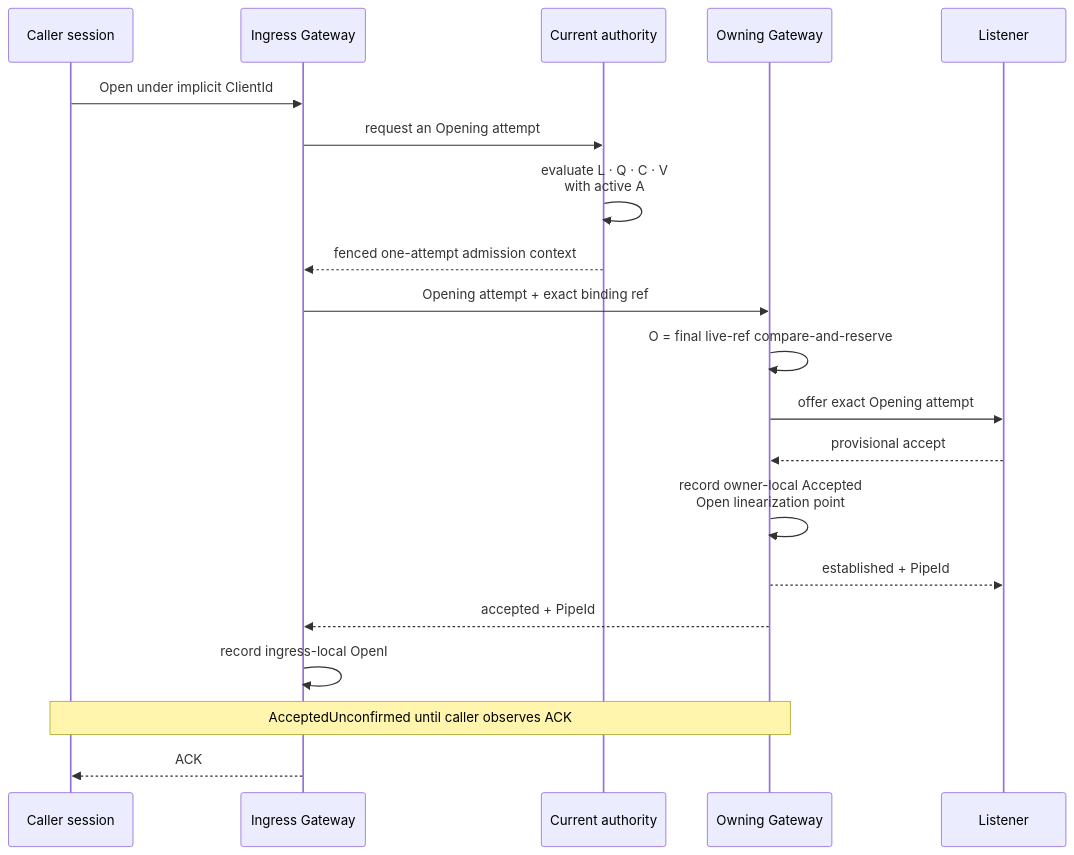
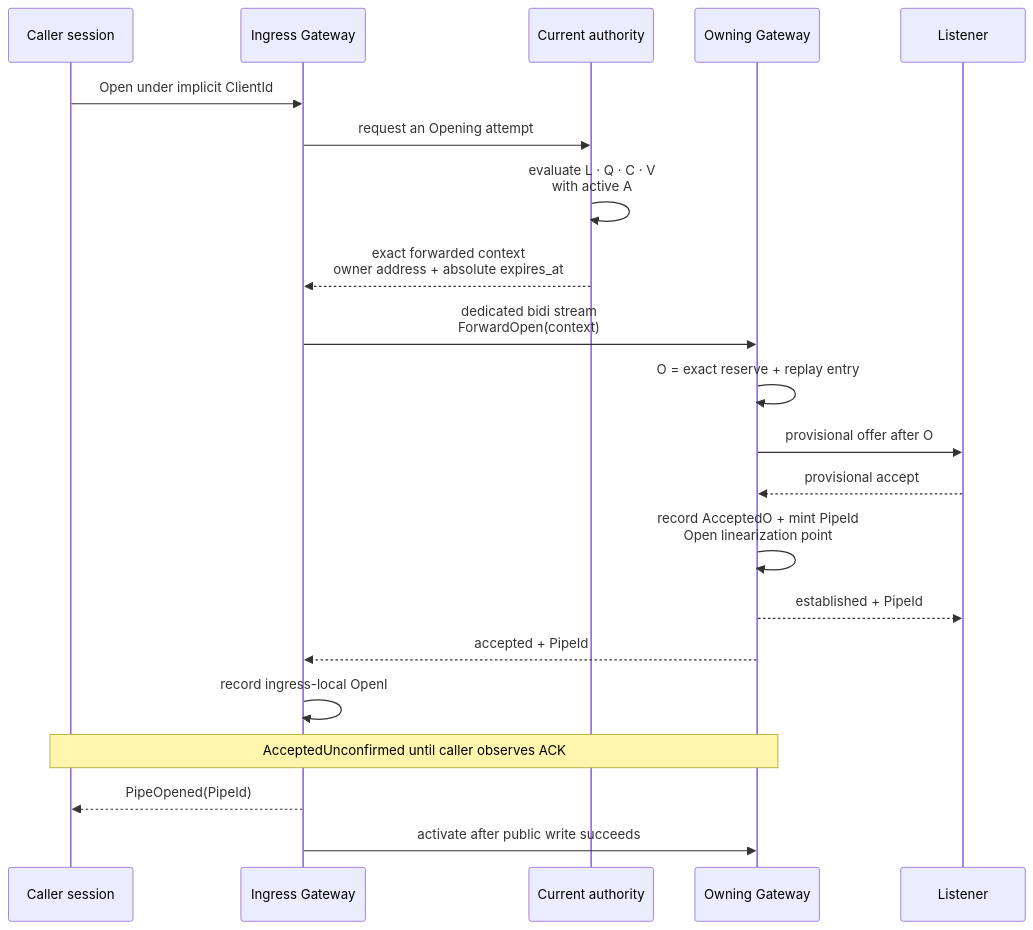
The fifth of 6 diagrams in docs/spec/003-failure-and-recovery-model.md (cagojeiger/relaygate), drawn with Mermaid before and after one commit. The commit also changed other lines of this file and 43 other files, not shown here.

````diff
--- a/docs/spec/003-failure-and-recovery-model.md
+++ b/docs/spec/003-failure-and-recovery-model.md
@@ -218,23 +238,24 @@
 ```mermaid
 sequenceDiagram
     participant C as Caller session
     participant I as Ingress Gateway
     participant A as Current authority
     participant O as Owning Gateway
     participant Ls as Listener
 
     C->>I: Open under implicit ClientId
     I->>A: request an Opening attempt
     A->>A: evaluate L · Q · C · V<br/>with active A
-    A-->>I: fenced one-attempt admission context
-    I->>O: Opening attempt + exact binding ref
-    O->>O: O = final live-ref compare-and-reserve
-    O->>Ls: offer exact Opening attempt
+    A-->>I: exact forwarded context<br/>owner address + absolute expires_at
+    I->>O: dedicated bidi stream<br/>ForwardOpen(context)
+    O->>O: O = exact reserve + replay entry
+    O->>Ls: provisional offer after O
     Ls-->>O: provisional accept
-    O->>O: record owner-local Accepted<br/>Open linearization point
+    O->>O: record AcceptedO + mint PipeId<br/>Open linearization point
     O-->>Ls: established + PipeId
     O-->>I: accepted + PipeId
     I->>I: record ingress-local OpenI
     Note over O,C: AcceptedUnconfirmed until caller observes ACK
-    I-->>C: ACK
+    I-->>C: PipeOpened(PipeId)
+    I->>O: activate after public write succeeds
 ```
````
